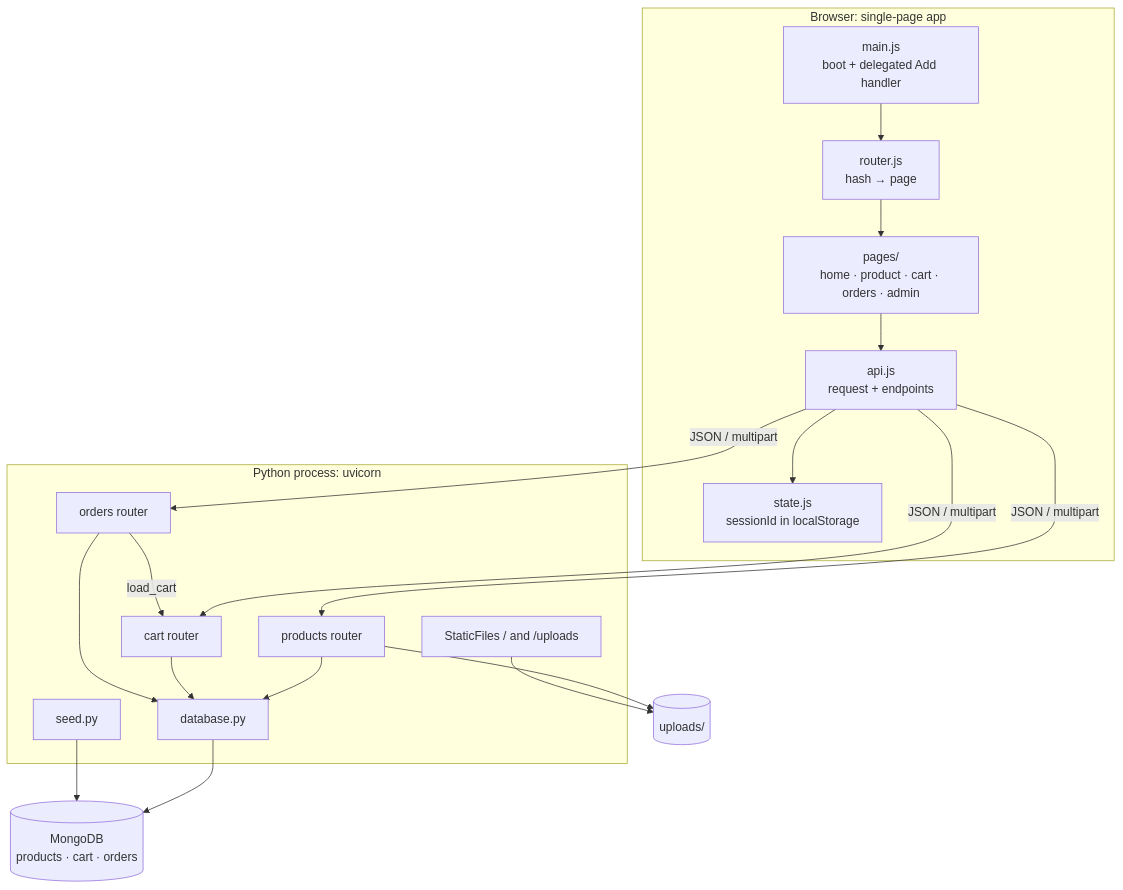
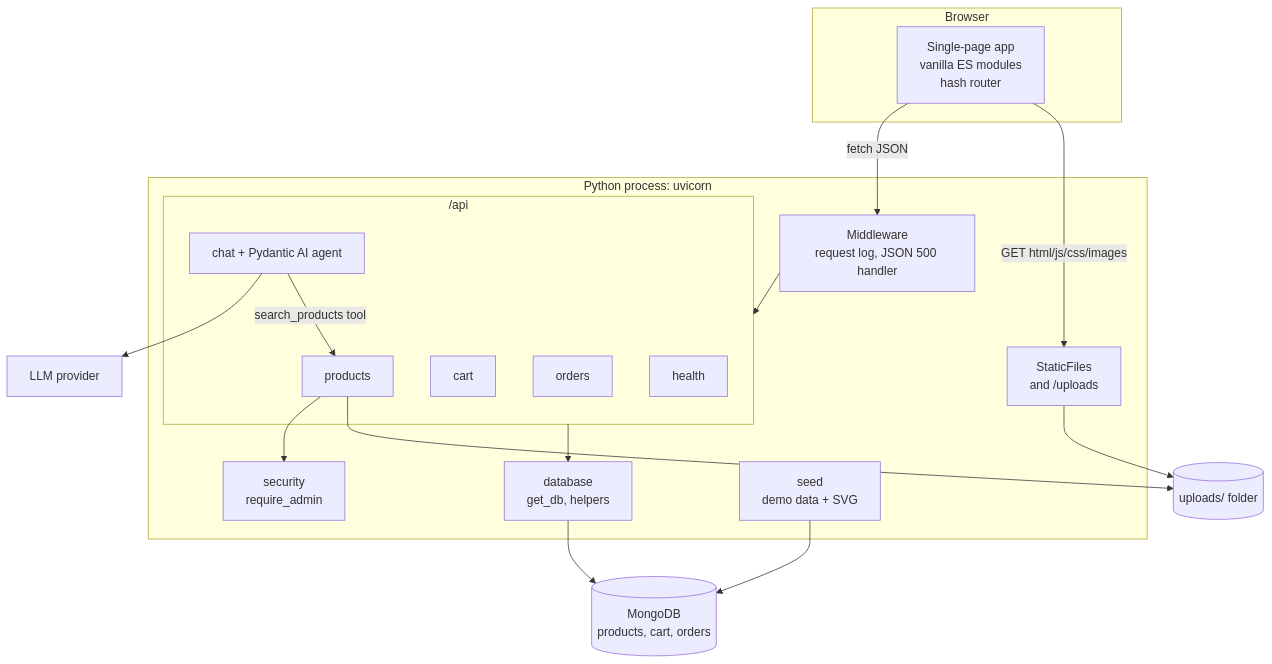
One commit to abhishek-tiwari-nitrr/ChatCloset changed the second of 4 diagrams in docs/HLD.md. Above: the diagram before and after it, drawn with Mermaid. The commit also changed other lines of this file and 7 other files, not shown here.

````diff
--- a/docs/HLD.md
+++ b/docs/HLD.md
@@ -27,29 +33,33 @@
 ```mermaid
 flowchart TB
-    subgraph Browser [Browser: single-page app]
-        main[main.js<br/>boot + delegated Add handler]
-        router[router.js<br/>hash → page]
-        pages[pages/<br/>home · product · cart · orders · admin]
-        api[api.js<br/>request + endpoints]
-        state[state.js<br/>sessionId in localStorage]
+    subgraph Browser
+        spa[Single-page app<br/>vanilla ES modules<br/>hash router]
     end
     subgraph Server [Python process: uvicorn]
-        static[StaticFiles / and /uploads]
-        products[products router]
-        cart[cart router]
-        orders[orders router]
-        dbmod[database.py]
-        seed[seed.py]
+        static[StaticFiles<br/> and /uploads]
+        mw[Middleware<br/>request log, JSON 500 handler]
+        subgraph Routers ["/api"]
+            products[products]
+            cart[cart]
+            orders[orders]
+            chat[chat + Pydantic AI agent]
+            health[health]
+        end
+        sec[security<br/>require_admin]
+        dbmod[database<br/>get_db, helpers]
+        seed[seed<br/>demo data + SVG]
     end
-    mongo[(MongoDB<br/>products · cart · orders)]
-    fs[(uploads/)]
+    mongo[(MongoDB<br/>products, cart, orders)]
+    fs[(uploads/ folder)]
+    llm[LLM provider]
 
-    main --> router --> pages --> api
-    api --> state
-    api -->|JSON / multipart| products & cart & orders
+    spa -->|fetch JSON| mw --> Routers
+    spa -->|GET html/js/css/images| static
+    products --> sec
+    Routers --> dbmod --> mongo
     products --> fs
     static --> fs
-    products & cart & orders --> dbmod --> mongo
-    orders -->|load_cart| cart
+    chat --> llm
+    chat -->|search_products tool| products
     seed --> mongo
 ```
````
